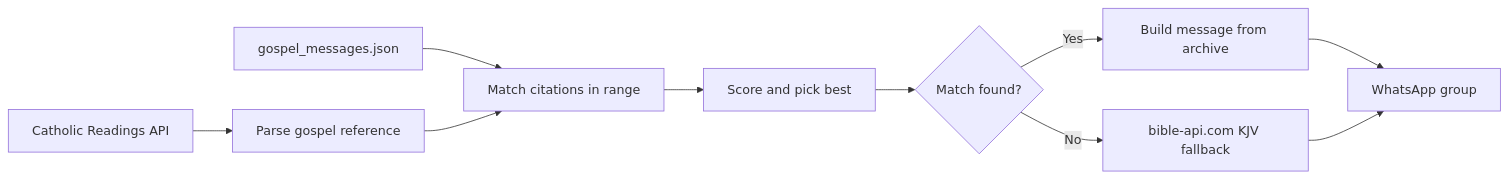
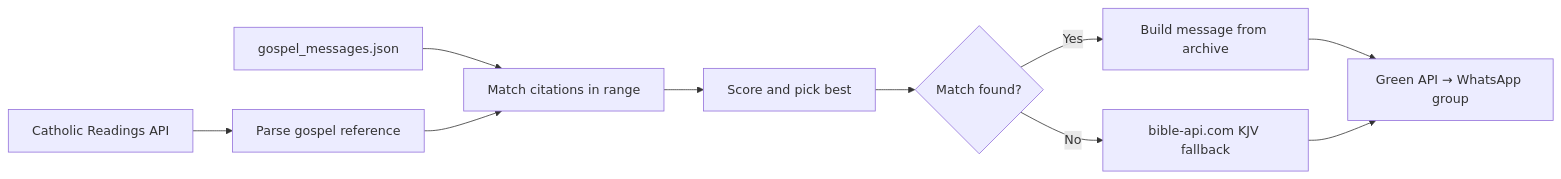
Before and after one commit to chrislazar25/gospel-bot: the diagram in README.md, drawn with Mermaid. The commit also changed other lines of this file and 2 other files, not shown here.

Commit message:
changing to green api cos the damn ec2 micro cant handle chromium

````diff
--- a/README.md
+++ b/README.md
@@ -46,12 +46,12 @@
 ```mermaid
 flowchart LR
   A[Catholic Readings API] --> B[Parse gospel reference]
   C[gospel_messages.json] --> D[Match citations in range]
   B --> D
   D --> E[Score and pick best]
   E --> F{Match found?}
   F -->|Yes| G[Build message from archive]
   F -->|No| H[bible-api.com KJV fallback]
-  G --> I[WhatsApp group]
+  G --> I[Green API → WhatsApp group]
   H --> I
 ```
````
